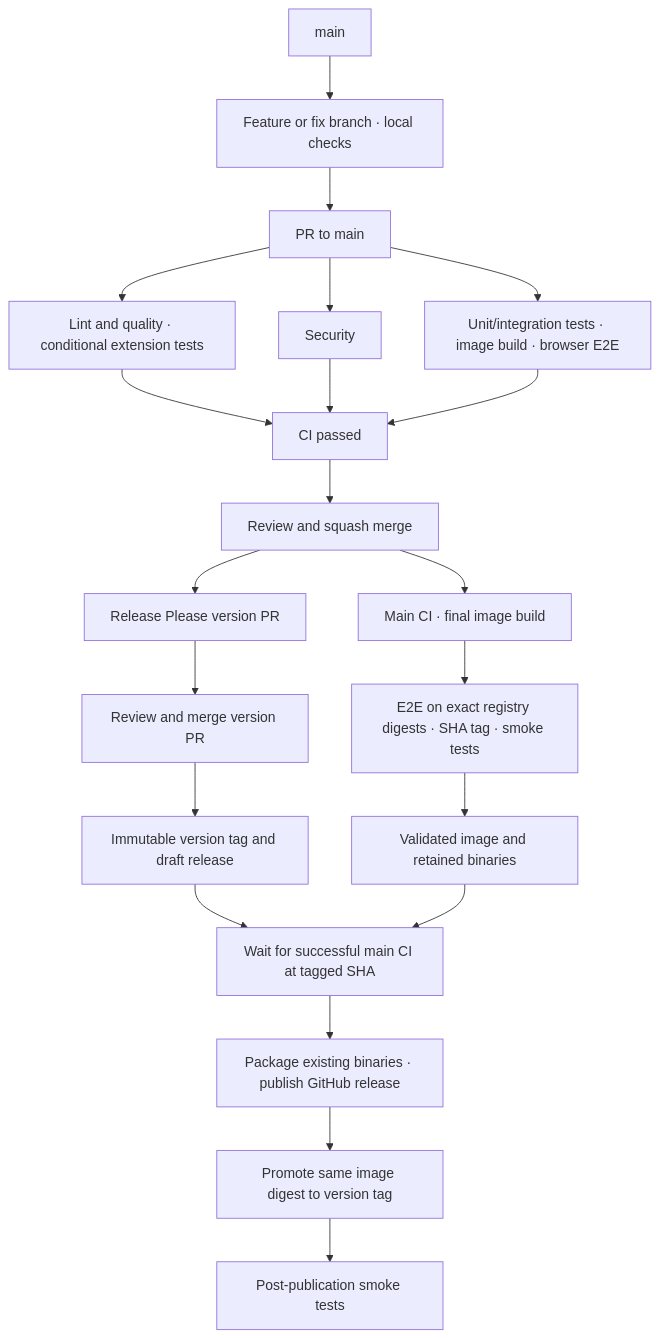
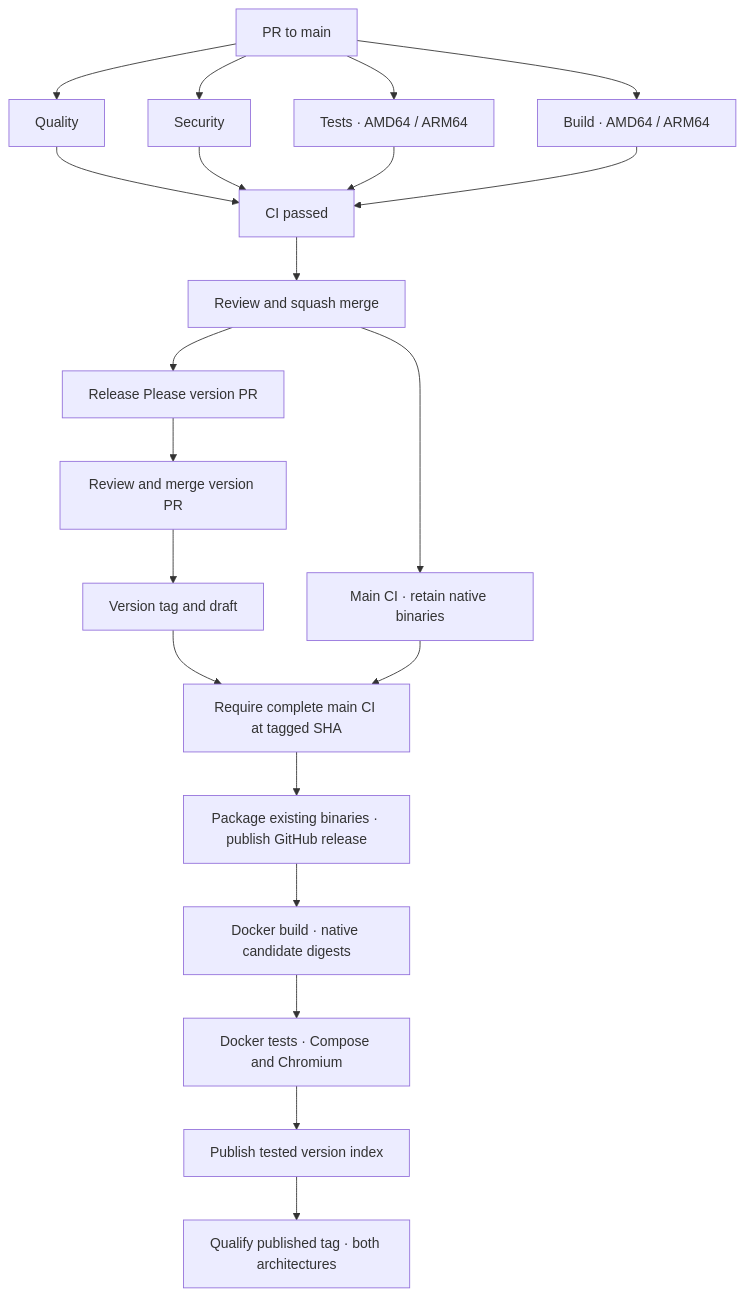
Before and after one commit to theopoc/pocketmark: the diagram in docs/CI.md, drawn with Mermaid. The commit also changed other lines of this file and 17 other files, not shown here.

Commit message:
ci: separate tests and reserve Docker for releases (#40)

````diff
--- a/docs/CI.md
+++ b/docs/CI.md
@@ -163,23 +155,23 @@
 ```mermaid
 flowchart TD
-    M["main"] --> F["Feature or fix branch · local checks"]
-    F --> PR["PR to main"]
-    PR --> Q["Lint and quality · conditional extension tests"]
+    PR["PR to main"] --> Q["Quality"]
     PR --> S["Security"]
-    PR --> T["Unit/integration tests · image build · browser E2E"]
+    PR --> T["Tests · AMD64 / ARM64"]
+    PR --> B["Build · AMD64 / ARM64"]
     Q --> G["CI passed"]
     S --> G
     T --> G
-    G --> R["Review and squash merge"]
-    R --> C["Main CI · final image build"]
-    C --> E["E2E on exact registry digests · SHA tag · smoke tests"]
-    E --> V["Validated image and retained binaries"]
-    R --> RP["Release Please version PR"]
-    RP --> MERGE["Review and merge version PR"]
-    MERGE --> TAG["Immutable version tag and draft release"]
-    TAG --> WAIT["Wait for successful main CI at tagged SHA"]
-    V --> WAIT
+    B --> G
+    G --> M["Review and squash merge"]
+    M --> CI["Main CI · retain native binaries"]
+    M --> RP["Release Please version PR"]
+    RP --> R["Review and merge version PR"]
+    R --> TAG["Version tag and draft"]
+    TAG --> WAIT["Require complete main CI at tagged SHA"]
+    CI --> WAIT
     WAIT --> PUB["Package existing binaries · publish GitHub release"]
-    PUB --> PROMOTE["Promote same image digest to version tag"]
-    PROMOTE --> SMOKE["Post-publication smoke tests"]
+    PUB --> DB["Docker build · native candidate digests"]
+    DB --> DT["Docker tests · Compose and Chromium"]
+    DT --> DP["Publish tested version index"]
+    DP --> V["Qualify published tag · both architectures"]
 ```
````
